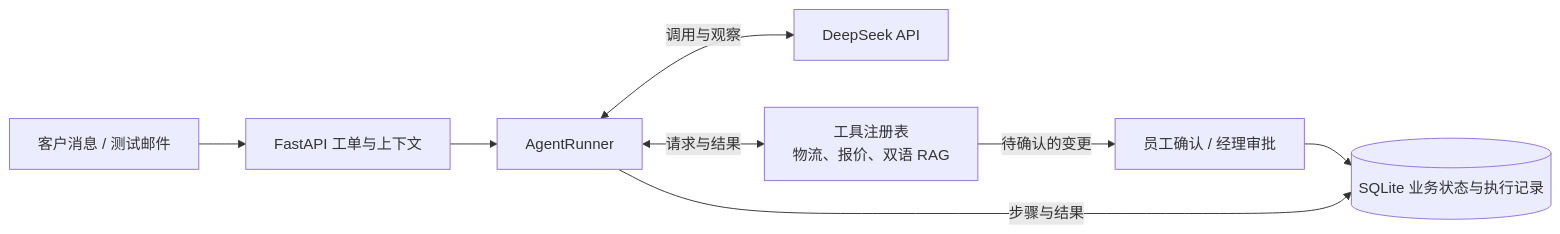
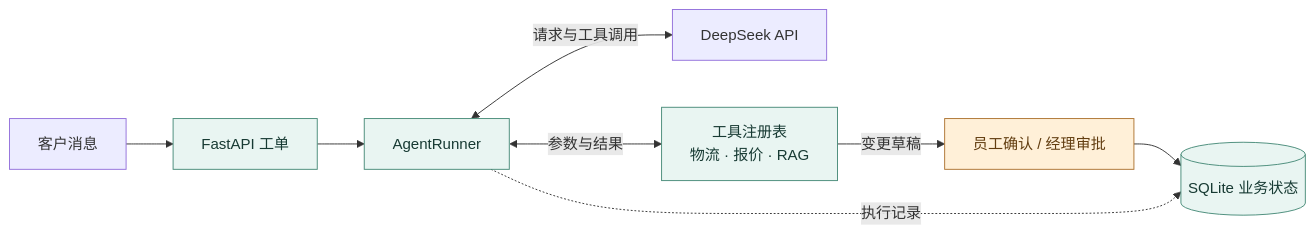
One commit to Shanmin123/freight-ops-copilot changed the diagram in README.md. Above: the diagram before and after it, drawn with Mermaid. The commit also changed other lines of this file, not shown here.

````diff
--- a/README.md
+++ b/README.md
@@ -28,10 +71,14 @@
 ```mermaid
 flowchart LR
-    A["客户消息 / 测试邮件"] --> B["FastAPI 工单与上下文"]
+    A["客户消息"] --> B["FastAPI 工单"]
     B --> C["AgentRunner"]
-    C <-->|调用与观察| D["DeepSeek API"]
-    C <-->|请求与结果| E["工具注册表<br/>物流、报价、双语 RAG"]
-    E -->|待确认的变更| F["员工确认 / 经理审批"]
-    F --> G[("SQLite 业务状态与执行记录")]
-    C -->|步骤与结果| G
+    C <-->|请求与工具调用| D["DeepSeek API"]
+    C <-->|参数与结果| E["工具注册表<br/>物流 · 报价 · RAG"]
+    E -->|变更草稿| F["员工确认 / 经理审批"]
+    F --> G[("SQLite 业务状态")]
+    C -.->|执行记录| G
+    classDef service fill:#e9f5f2,stroke:#488b79,color:#173a33
+    classDef approve fill:#fff0d8,stroke:#ad7432,color:#623d10
+    class B,C,E,G service
+    class F approve
 ```
````
